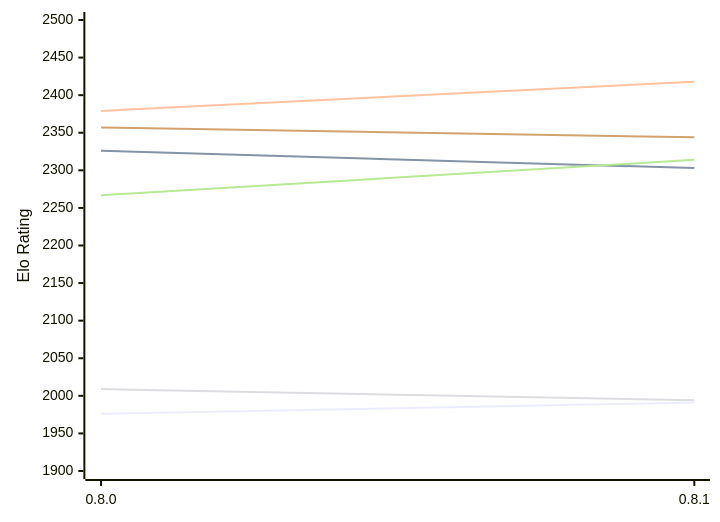
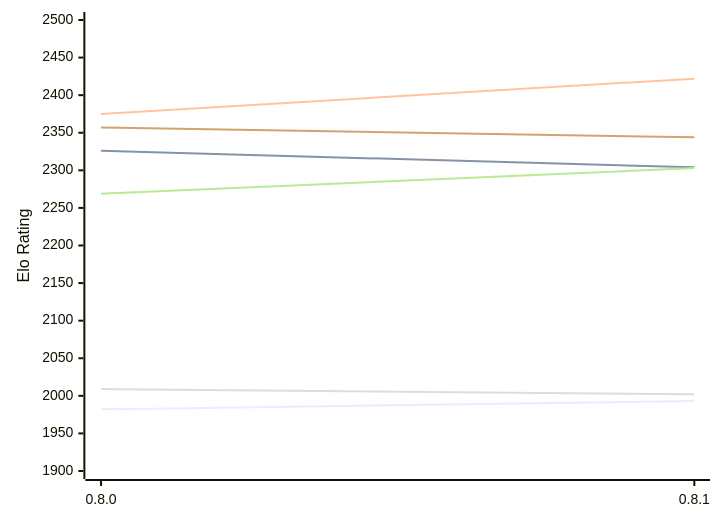
Before and after one commit to computer-chess-index/cci: the diagram in engines/LittleWing.md, drawn with Mermaid. The commit also changed other lines of this file, not shown here.

Commit message:
Update CCI Ratings (ELO VLTC) - 2026-11-26

````diff
--- a/engines/LittleWing.md
+++ b/engines/LittleWing.md
@@ -49,12 +49,12 @@
 ```mermaid
 %%{init: {"theme":"base","themeVariables":{"seriesColors:['#a3a3a3','#222221','#faa371']}}}%%
 xychart-beta
   x-axis ["0.8.0", "0.8.1"]
   y-axis "Elo Rating" 1900 --> 2500
-  line "E1: STC (8.0+0.08s)" [1976, 1991]
-  line "E1: LTC (60.0+0.60s)" [2326, 2303]
-  line "E1: VLTC (2m24s+1.12s)" [2379, 2418]
-  line "P1: STC (8.0+0.08s)" [2009, 1994]
-  line "P1: LTC (60.0+0.60s)" [2267, 2314]
+  line "E1: STC (8.0+0.08s)" [1982, 1993]
+  line "E1: LTC (60.0+0.60s)" [2326, 2304]
+  line "E1: VLTC (2m24s+1.12s)" [2375, 2422]
+  line "P1: STC (8.0+0.08s)" [2009, 2002]
+  line "P1: LTC (60.0+0.60s)" [2269, 2303]
   line "P1: VLTC (2m24s+1.12s)" [2357, 2344]
 ```
````
